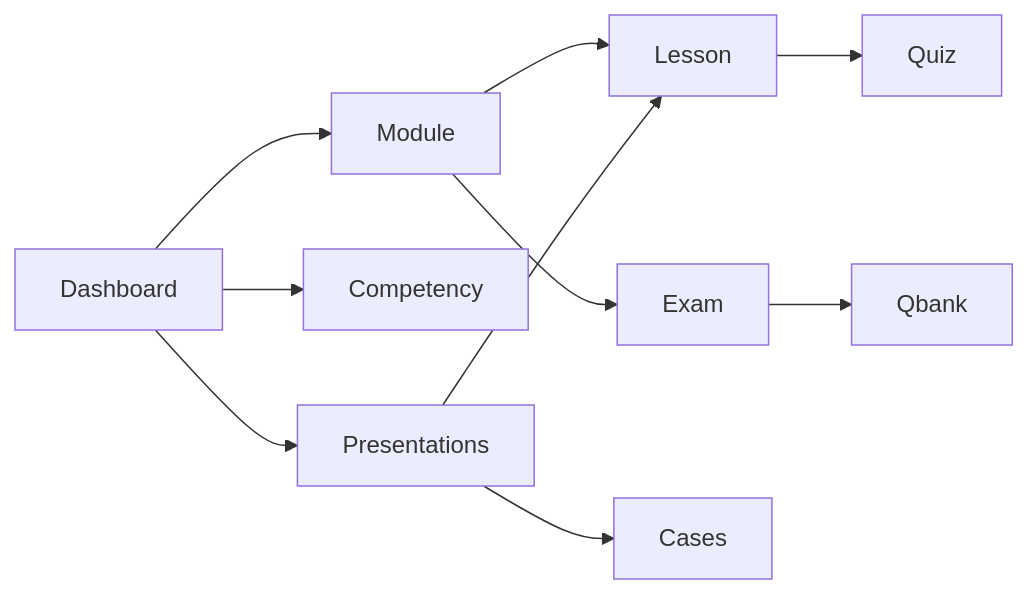
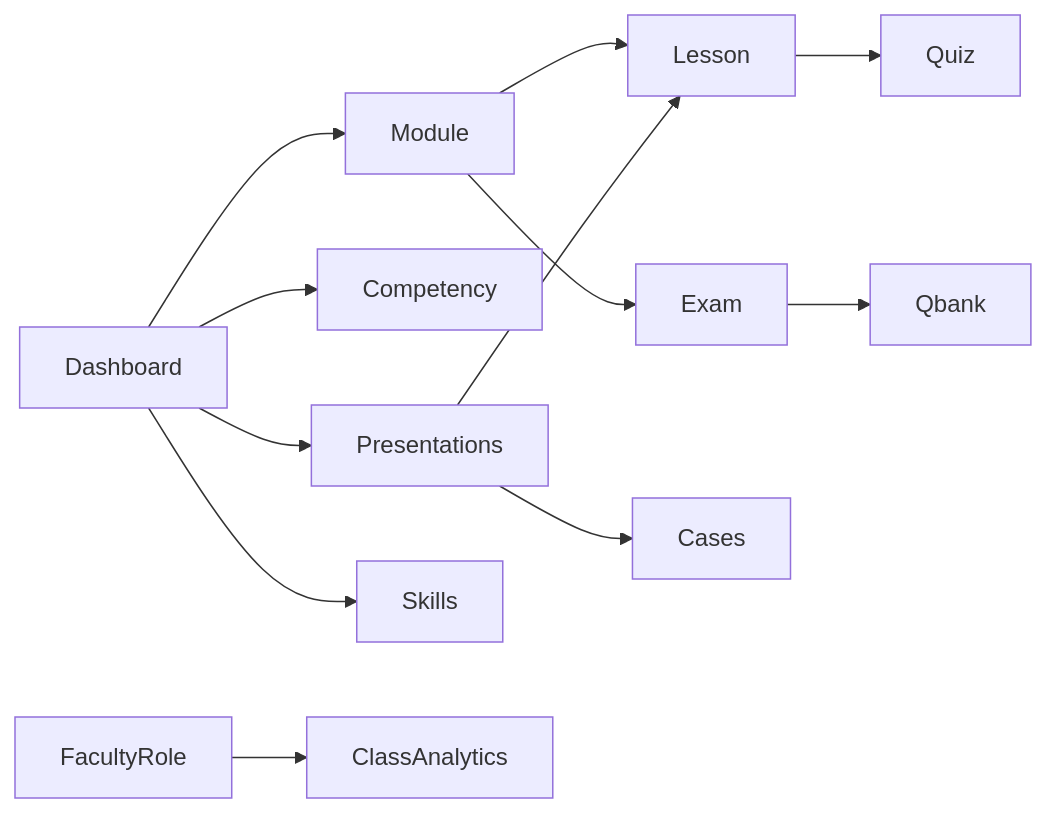
One commit to Duynguyen0106/Online-MD changed the diagram in UX_UI_AUDIT.md. Above: the diagram before and after it, drawn with Mermaid. The commit also changed other lines of this file and 17 other files, not shown here.

````diff
--- a/UX_UI_AUDIT.md
+++ b/UX_UI_AUDIT.md
@@ -75,12 +77,14 @@
 ```mermaid
 flowchart LR
   Dashboard --> Module
   Module --> Lesson
   Lesson --> Quiz
   Module --> Exam
   Exam --> Qbank
   Dashboard --> Competency
   Dashboard --> Presentations
+  Dashboard --> Skills
   Presentations --> Lesson
   Presentations --> Cases
+  FacultyRole --> ClassAnalytics
 ```
````
